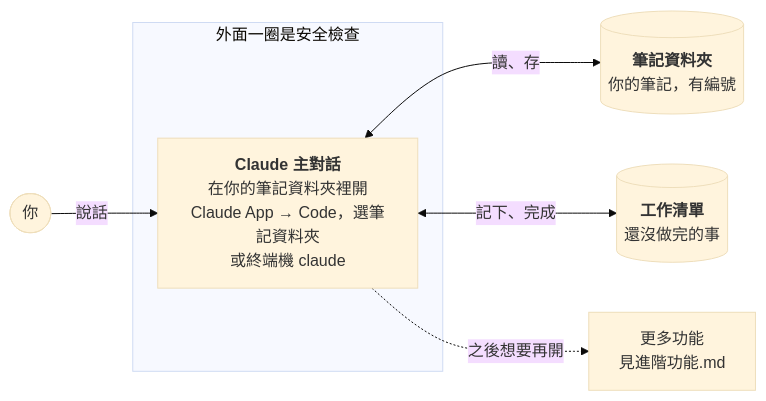
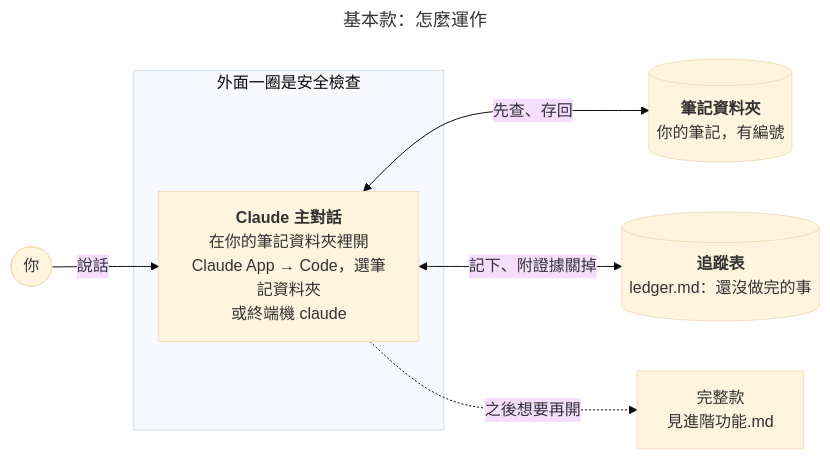
Before and after one commit to 0Smallcat0/second-brain-kit: the diagram in README.zh-TW.md, drawn with Mermaid (base theme). The commit also changed other lines of this file and 48 other files, not shown here.

````diff
--- a/README.zh-TW.md
+++ b/README.zh-TW.md
@@ -55,10 +67,13 @@
 ```mermaid
+---
+title: "基本款：怎麼運作"
+---
 flowchart LR
   You(["你"]) -->|說話| Main
   subgraph Checks["外面一圈是安全檢查"]
     Main["<b>Claude 主對話</b><br/>在你的筆記資料夾裡開<br/>Claude App → Code，選筆記資料夾<br/>或終端機 claude"]
   end
-  Main <-->|讀、存| Notes[("<b>筆記資料夾</b><br/>你的筆記，有編號")]
-  Main <-->|記下、完成| Work[("<b>工作清單</b><br/>還沒做完的事")]
-  Main -.->|之後想要再開| Adv["更多功能<br/>見進階功能.md"]
+  Main <-->|先查、存回| Notes[("<b>筆記資料夾</b><br/>你的筆記，有編號")]
+  Main <-->|記下、附證據關掉| Work[("<b>追蹤表</b><br/>ledger.md：還沒做完的事")]
+  Main -.->|之後想要再開| Adv["完整款<br/>見進階功能.md"]
 ```
````
